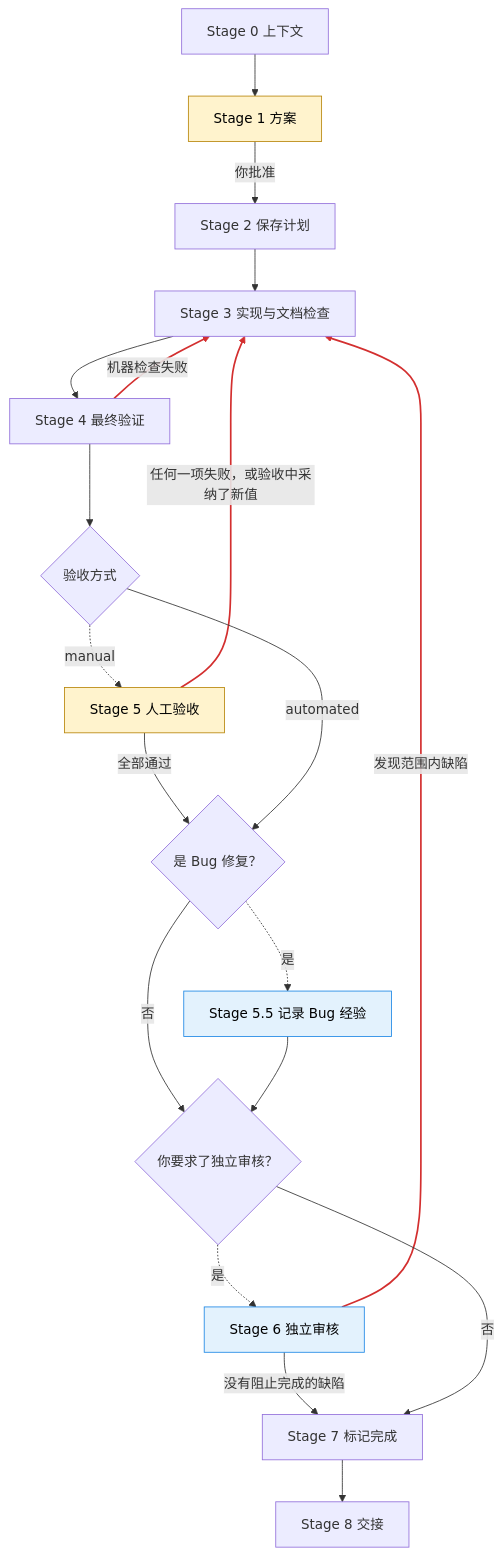
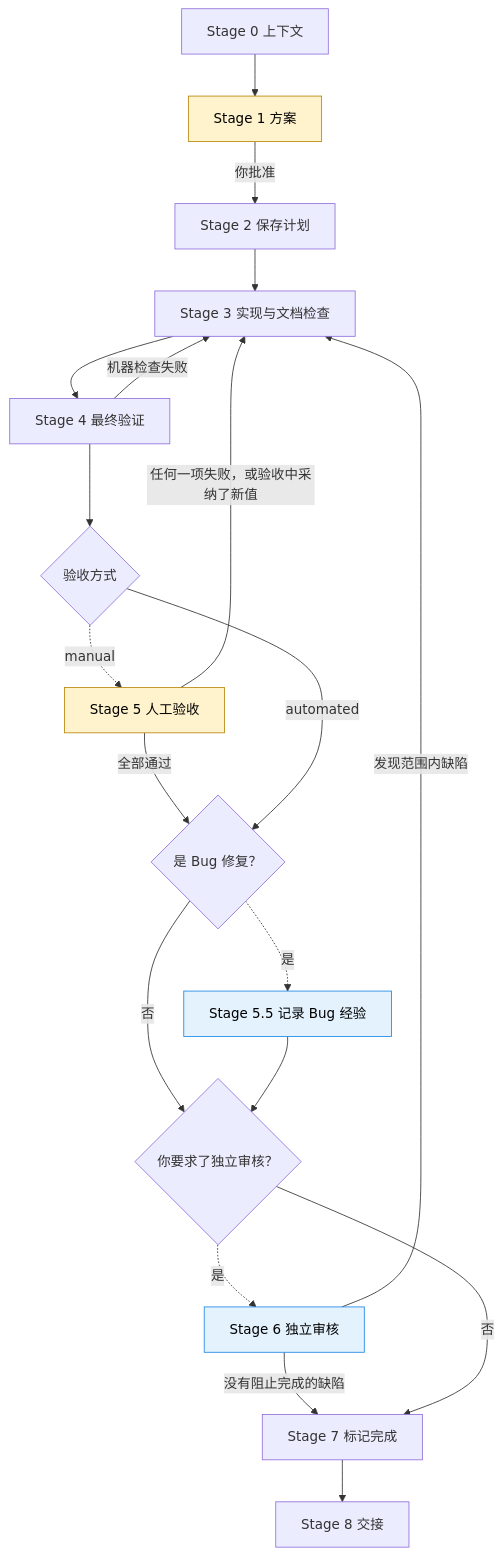
One commit to yxy823/Game_idle_yaya_frame changed the first of 2 diagrams in framework/godot-project-manual/requirements-and-tasks/feature-lifecycle.md. Above: the diagram before and after it, drawn with Mermaid. The commit also changed other lines of this file and 18 other files, not shown here.

First line of the commit message:
docs(skills): 图中不再用 linkStyle 给连线上色

````diff
--- a/framework/godot-project-manual/requirements-and-tasks/feature-lifecycle.md
+++ b/framework/godot-project-manual/requirements-and-tasks/feature-lifecycle.md
@@ -45,29 +45,28 @@
 ```mermaid
 flowchart TD
     s0["Stage 0 上下文"] --> s1["Stage 1 方案"]
     s1 -->|你批准| s2["Stage 2 保存计划"]
     s2 --> s3["Stage 3 实现与文档检查"]
     s3 --> s4["Stage 4 最终验证"]
     s4 -->|机器检查失败| s3
     s4 --> mode{"验收方式"}
     mode -.->|manual| s5["Stage 5 人工验收"]
     s5 -->|任何一项失败，或验收中采纳了新值| s3
     bug{"是 Bug 修复？"}
     s5 -->|全部通过| bug
     mode -->|automated| bug
     bug -.->|是| s55["Stage 5.5 记录 Bug 经验"]
     review{"你要求了独立审核？"}
     bug -->|否| review
     s55 --> review
     review -.->|是| s6["Stage 6 独立审核"]
     s6 -->|发现范围内缺陷| s3
     s7["Stage 7 标记完成"]
     s6 -->|没有阻止完成的缺陷| s7
     review -->|否| s7
     s7 --> s8["Stage 8 交接"]
     classDef stop fill:#fff3cd,stroke:#b8860b,color:#000
     classDef optional fill:#e3f2fd,stroke:#1e88e5,color:#000
     class s1,s5 stop
     class s55,s6 optional
-    linkStyle 4,7,14 stroke:#d32f2f,stroke-width:2px
 ```
````
